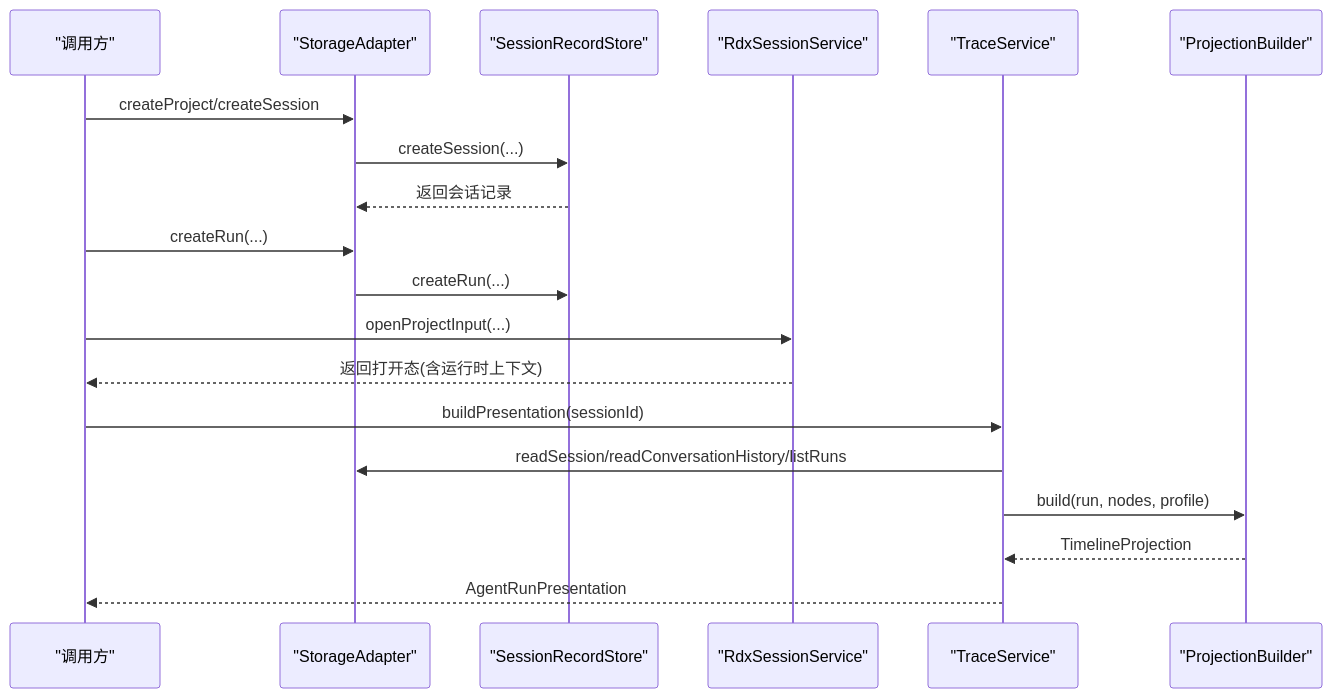
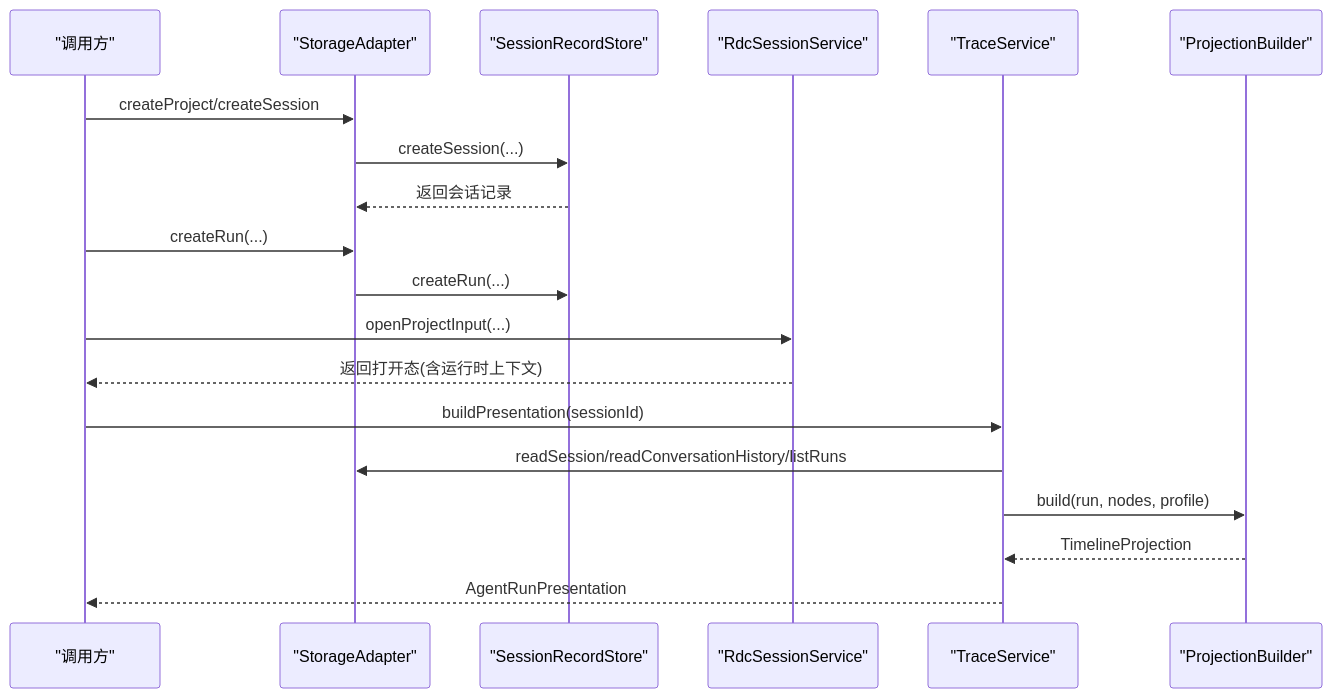
The second of 8 diagrams in .qoder/repowiki/zh/content/架构设计/渲染器架构/状态管理/会话状态管理.md (haolange/RDC-Agent), drawn with Mermaid before and after one commit. The commit also changed other lines of this file and 557 other files, not shown here.

````diff
--- a/.qoder/repowiki/zh/content/架构设计/渲染器架构/状态管理/会话状态管理.md
+++ b/.qoder/repowiki/zh/content/架构设计/渲染器架构/状态管理/会话状态管理.md
@@ -99,21 +99,21 @@
 ```mermaid
 sequenceDiagram
 participant UI as "调用方"
 participant SA as "StorageAdapter"
 participant SRS as "SessionRecordStore"
-participant RSS as "RdxSessionService"
+participant RSS as "RdcSessionService"
 participant TS as "TraceService"
 participant PB as "ProjectionBuilder"
 UI->>SA : createProject/createSession
 SA->>SRS : createSession(...)
 SRS-->>SA : 返回会话记录
 UI->>SA : createRun(...)
 SA->>SRS : createRun(...)
 UI->>RSS : openProjectInput(...)
 RSS-->>UI : 返回打开态(含运行时上下文)
 UI->>TS : buildPresentation(sessionId)
 TS->>SA : readSession/readConversationHistory/listRuns
 TS->>PB : build(run, nodes, profile)
 PB-->>TS : TimelineProjection
 TS-->>UI : AgentRunPresentation
 ```
````
